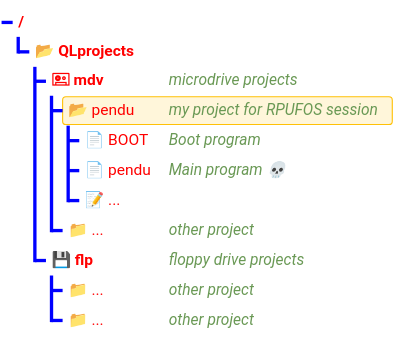
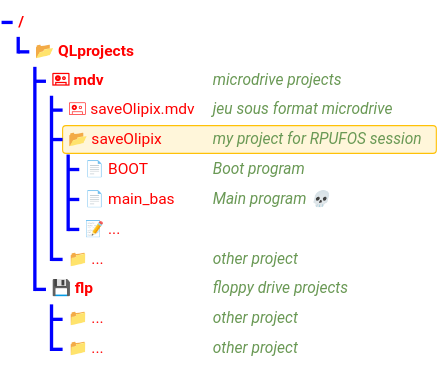
Before and after one commit to VFD/SinclairQL: the diagram in library/programs/ReadMe.md, drawn with Mermaid. The commit also changed other lines of this file, not shown here.

Commit message:
Revise ReadMe.md for project structure and formats
Updated the ReadMe.md to include details about finalizing files with '.mdv' format and clarified project structure.

````diff
--- a/library/programs/ReadMe.md
+++ b/library/programs/ReadMe.md
@@ -29,24 +30,25 @@
 ```mermaid
 ---
 config:
     treeView:
         lineThickness: 3
     themeVariables:
         treeView:
             labelFontSize: '14px'
             labelColor: '#FF0000'
             lineColor: '#0000FF'
 ---
 
 treeView-beta
     📂 QLprojects/
         🖭 mdv/                    ## microdrive projects
-            📂 pendu :::highlight   ## my project for RPUFOS session
-                📄 BOOT             ## Boot program
-                📄 pendu            ## Main program 💀
+            🖭 saveOlipix.mdv      ## jeu sous format microdrive
+            📂 saveOlipix :::highlight   ## my project for RPUFOS session
+                📄 BOOT                  ## Boot program
+                📄 main_bas              ## Main program 💀
                 📝 ...
             📁 ...                  ## other project
         💾 flp/                   ## floppy drive projects
             📁 ...                  ## other project
             📁 ...                  ## other project
 ```
````
